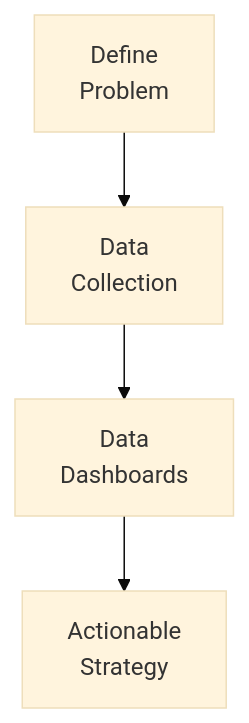
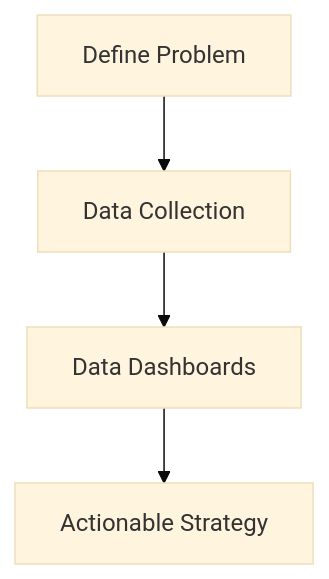
The third of 3 diagrams in curriculum-app/src/content/lessons/ug/bba/sem5/week18.md (the-career-breweries/tcb-soft-skills), drawn with Mermaid (base theme) before and after one commit. The commit also changed other lines of this file and 4 other files, not shown here.

Commit message:
fix: correctly initialize mermaid on render with htmlLabels false

````diff
--- a/curriculum-app/src/content/lessons/ug/bba/sem5/week18.md
+++ b/curriculum-app/src/content/lessons/ug/bba/sem5/week18.md
@@ -62,6 +62,6 @@
 ```mermaid
 flowchart TD
-    A[Define<br/>Problem] --> B[Data<br/>Collection]
-    B --> C[Data<br/>Dashboards]
-    C --> D[Actionable<br/>Strategy]
+    A[Define Problem] --> B[Data Collection]
+    B --> C[Data Dashboards]
+    C --> D[Actionable Strategy]
 ```
````
